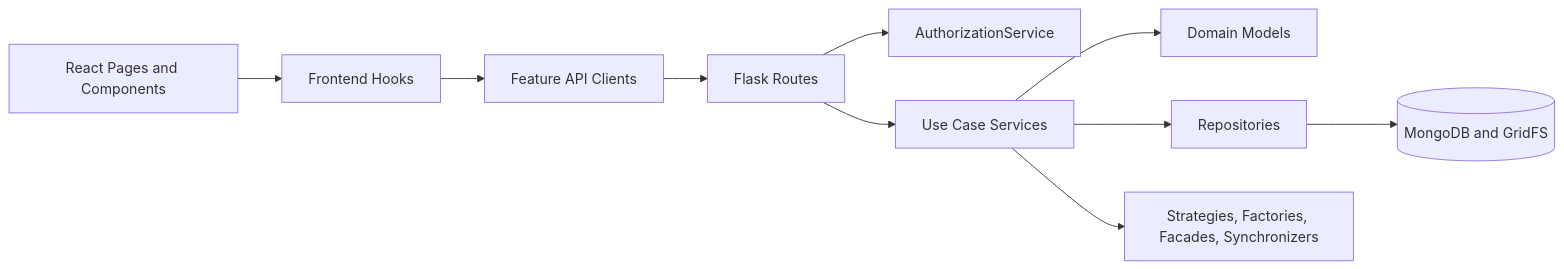
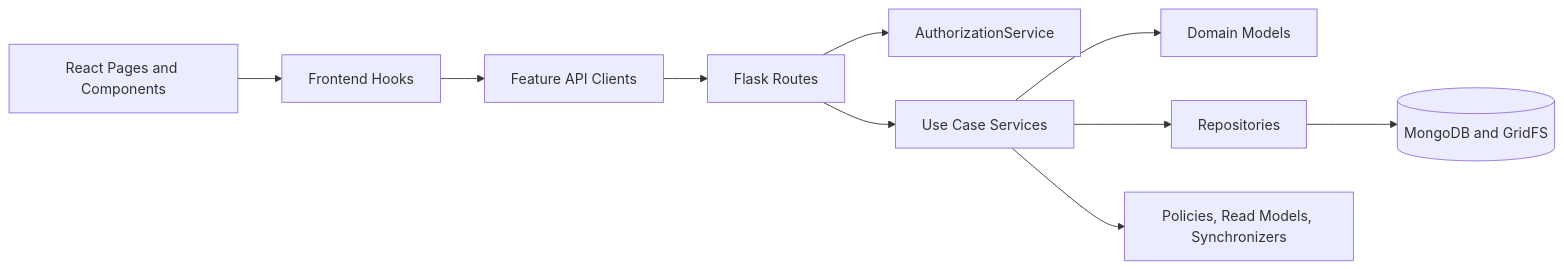
One commit to PhoebeLu1011/CourseReviewSystem changed the first of 11 diagrams in Readme.md. Above: the diagram before and after it, drawn with Mermaid. The commit also changed other lines of this file and 26 other files, not shown here.

````diff
--- a/Readme.md
+++ b/Readme.md
@@ -284,12 +310,12 @@
 ```mermaid
 flowchart LR
     UI[React Pages and Components] --> Hook[Frontend Hooks]
     Hook --> API[Feature API Clients]
     API --> Route[Flask Routes]
     Route --> Authz[AuthorizationService]
     Route --> Service[Use Case Services]
     Service --> Domain[Domain Models]
     Service --> Repo[Repositories]
     Repo --> Mongo[(MongoDB and GridFS)]
-    Service --> Collaborator[Strategies, Factories, Facades, Synchronizers]
+    Service --> Collaborator[Policies, Read Models, Synchronizers]
 ```
````
